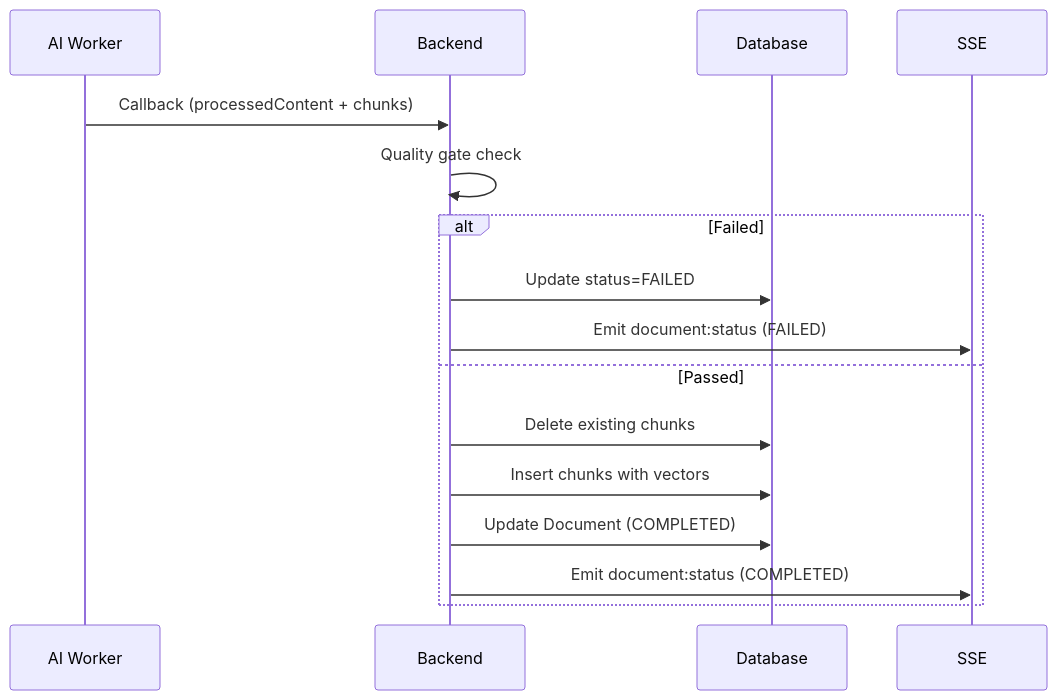
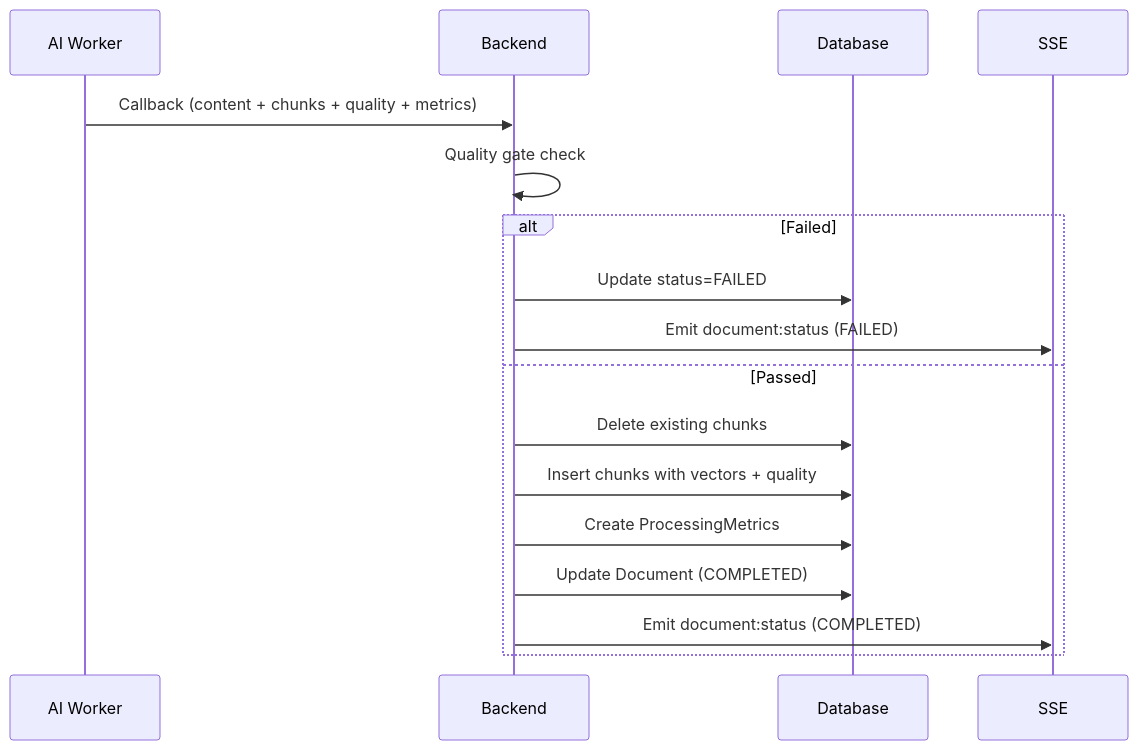
Before and after one commit to namtroi/RAGBase: the fifth of 5 diagrams in docs/data-flow.md, drawn with Mermaid. The commit also changed other lines of this file and 22 other files, not shown here.

````diff
--- a/docs/data-flow.md
+++ b/docs/data-flow.md
@@ -175,14 +217,15 @@
 ```mermaid
 sequenceDiagram
-    AI Worker->>Backend: Callback (processedContent + chunks)
+    AI Worker->>Backend: Callback (content + chunks + quality + metrics)
     Backend->>Backend: Quality gate check
     alt Failed
         Backend->>Database: Update status=FAILED
         Backend->>SSE: Emit document:status (FAILED)
     else Passed
         Backend->>Database: Delete existing chunks
-        Backend->>Database: Insert chunks with vectors
+        Backend->>Database: Insert chunks with vectors + quality
+        Backend->>Database: Create ProcessingMetrics
         Backend->>Database: Update Document (COMPLETED)
         Backend->>SSE: Emit document:status (COMPLETED)
     end
 ```
````
